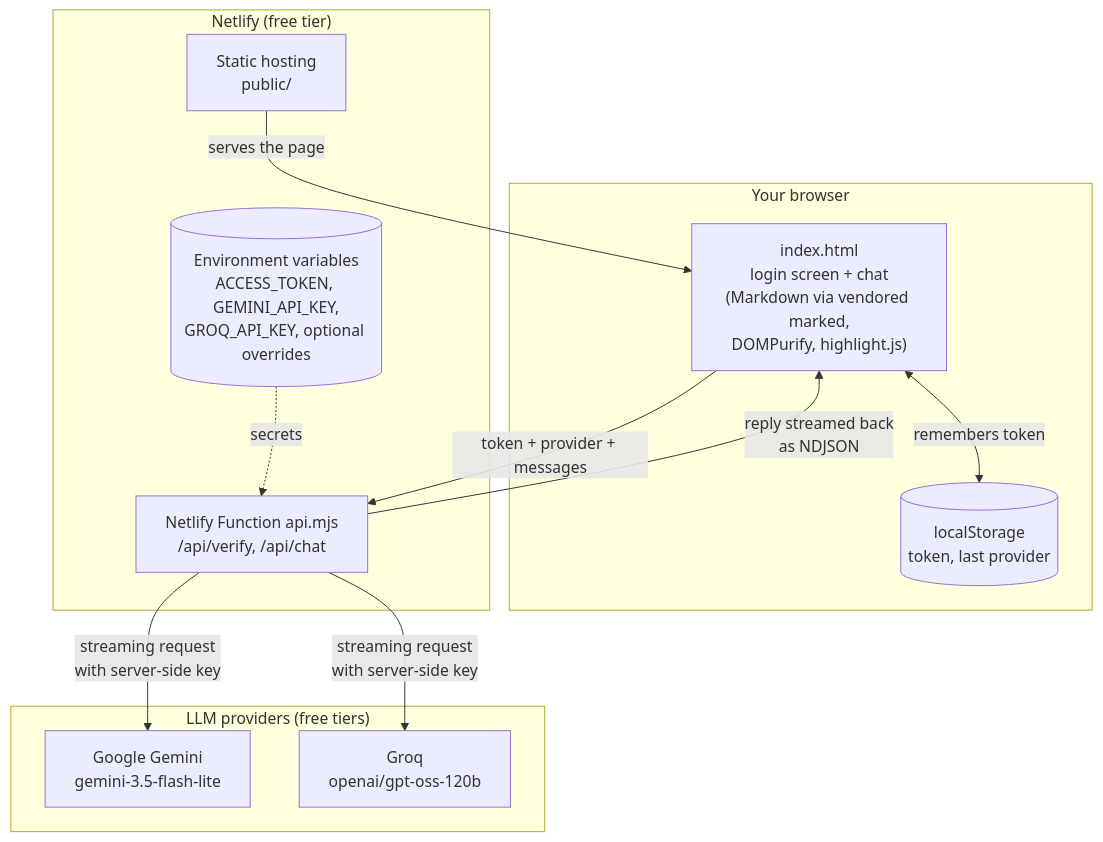
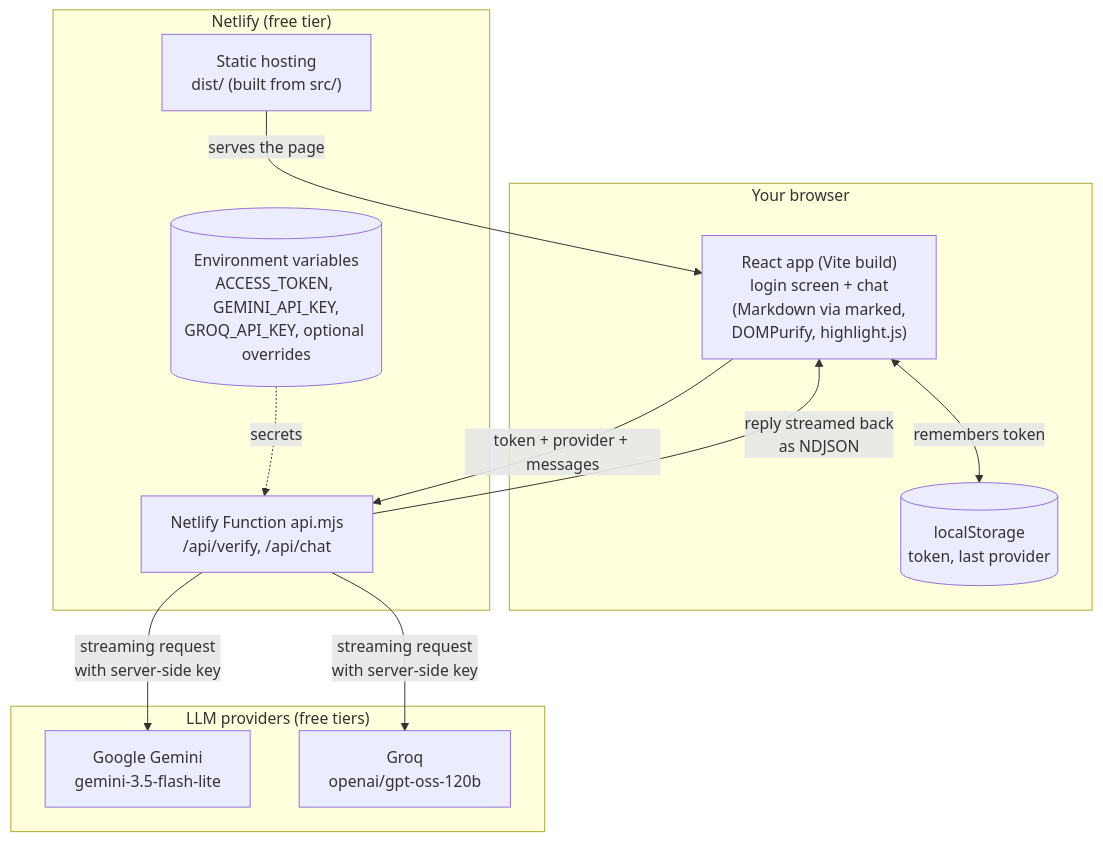
The first of 2 diagrams in README.md (willamesoares/llmate), drawn with Mermaid before and after one commit. The commit also changed other lines of this file and 30 other files, not shown here.

First line of the commit message:
Revamp the chat UI with React, Tailwind and Magic UI

````diff
--- a/README.md
+++ b/README.md
@@ -69,26 +69,26 @@
 ```mermaid
 flowchart TB
     subgraph Browser["Your browser"]
-        UI["index.html<br/>login screen + chat<br/>(Markdown via vendored marked,<br/>DOMPurify, highlight.js)"]
+        UI["React app (Vite build)<br/>login screen + chat<br/>(Markdown via marked,<br/>DOMPurify, highlight.js)"]
         LS[("localStorage<br/>token, last provider")]
     end
 
     subgraph Netlify["Netlify (free tier)"]
-        STATIC["Static hosting<br/>public/"]
+        STATIC["Static hosting<br/>dist/ (built from src/)"]
         FN["Netlify Function api.mjs<br/>/api/verify, /api/chat"]
         ENV[("Environment variables<br/>ACCESS_TOKEN, GEMINI_API_KEY,<br/>GROQ_API_KEY, optional overrides")]
     end
 
     subgraph Providers["LLM providers (free tiers)"]
         GEM["Google Gemini<br/>gemini-3.5-flash-lite"]
         GROQ["Groq<br/>openai/gpt-oss-120b"]
     end
 
     STATIC -- "serves the page" --> UI
     UI <-- "remembers token" --> LS
     UI -- "token + provider + messages" --> FN
     ENV -. "secrets" .-> FN
     FN -- "streaming request<br/>with server-side key" --> GEM
     FN -- "streaming request<br/>with server-side key" --> GROQ
     FN -- "reply streamed back<br/>as NDJSON" --> UI
 ```
````
